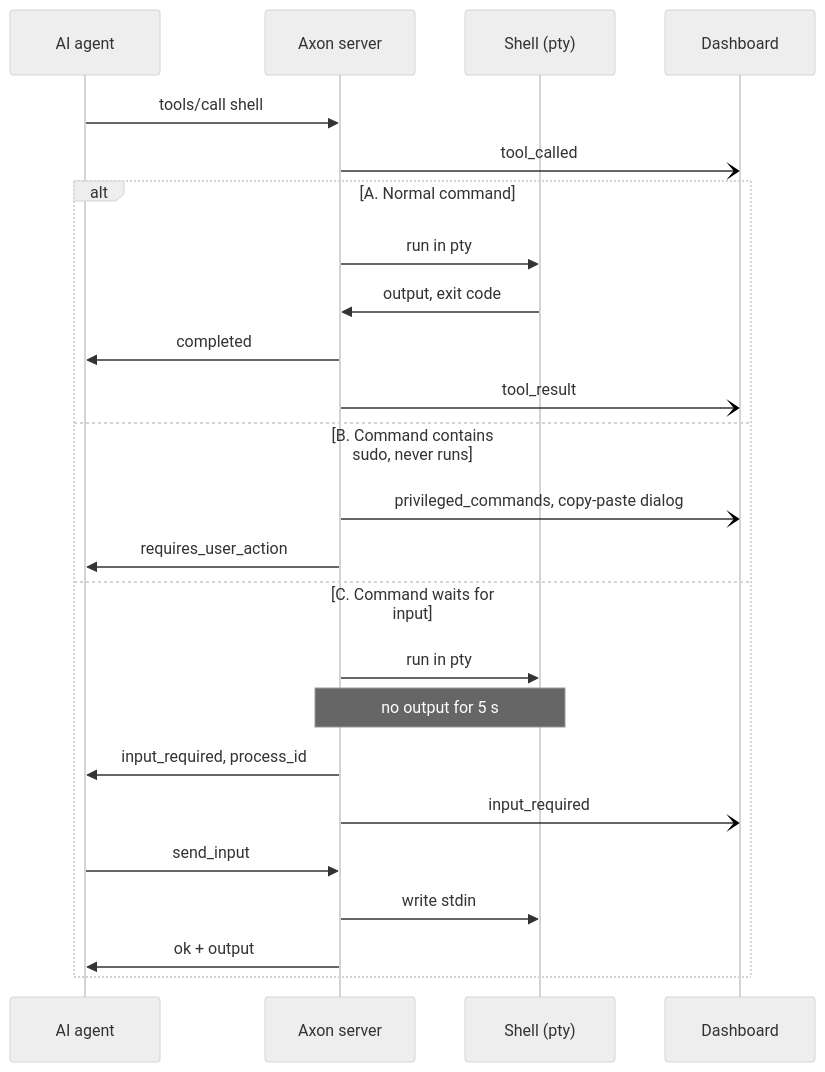
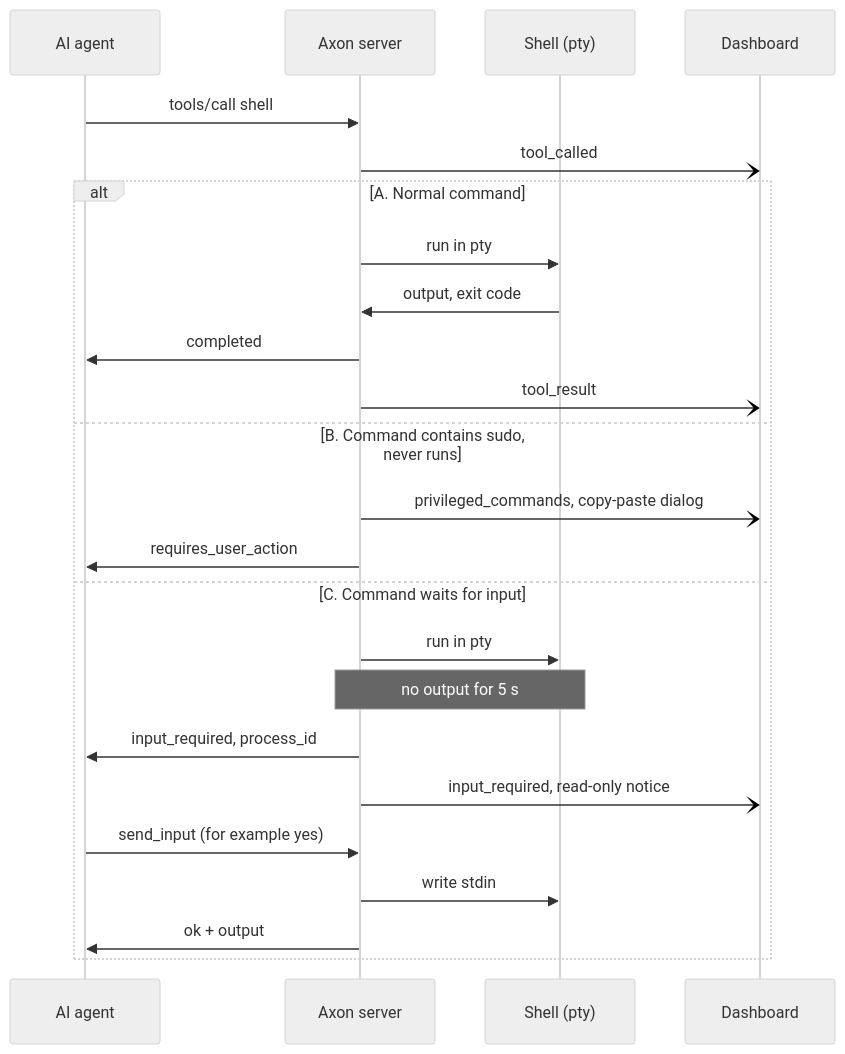
The diagram in docs/ARCHITECTURE.md (chrisvoo/axon), drawn with Mermaid (neutral theme) before and after one commit. The commit also changed other lines of this file and 49 other files, not shown here.

````diff
--- a/docs/ARCHITECTURE.md
+++ b/docs/ARCHITECTURE.md
@@ -71,28 +73,28 @@
 ```mermaid
 sequenceDiagram
     participant A as AI agent
     participant X as Axon server
     participant S as Shell (pty)
     participant D as Dashboard
 
     A->>X: tools/call shell
     X-)D: tool_called
 
     alt A. Normal command
         X->>S: run in pty
         S->>X: output, exit code
         X->>A: completed
         X-)D: tool_result
     else B. Command contains sudo, never runs
         X-)D: privileged_commands, copy-paste dialog
         X->>A: requires_user_action
     else C. Command waits for input
         X->>S: run in pty
         Note over X,S: no output for 5 s
         X->>A: input_required, process_id
-        X-)D: input_required
-        A->>X: send_input
+        X-)D: input_required, read-only notice
+        A->>X: send_input (for example yes)
         X->>S: write stdin
         X->>A: ok + output
     end
 ```
````
